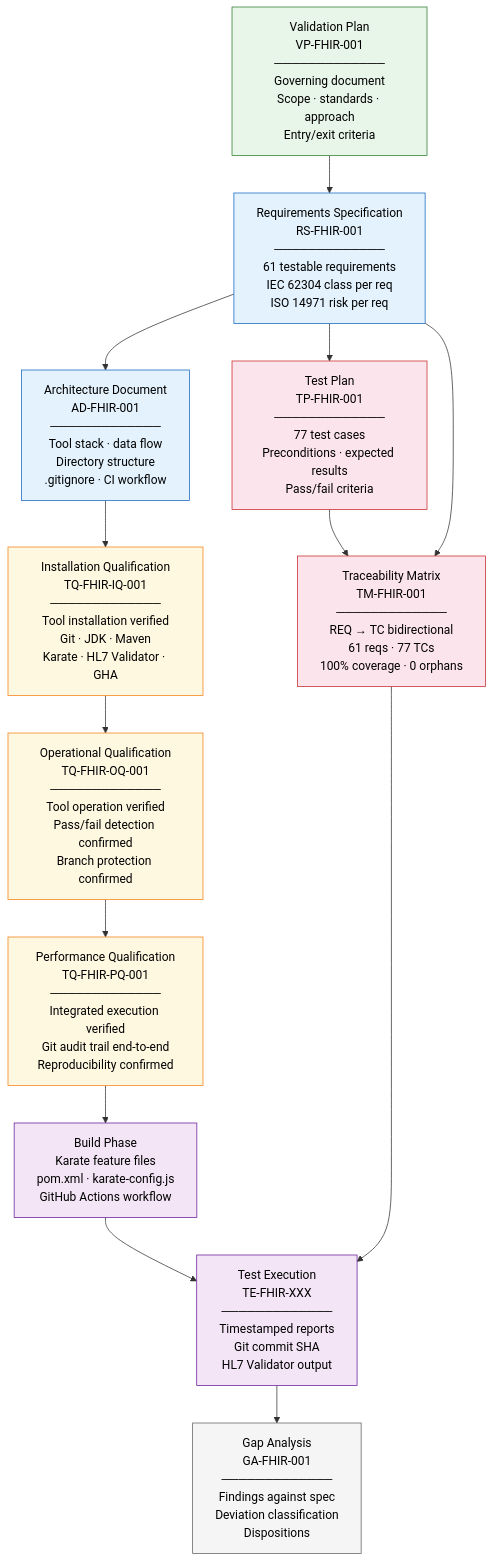
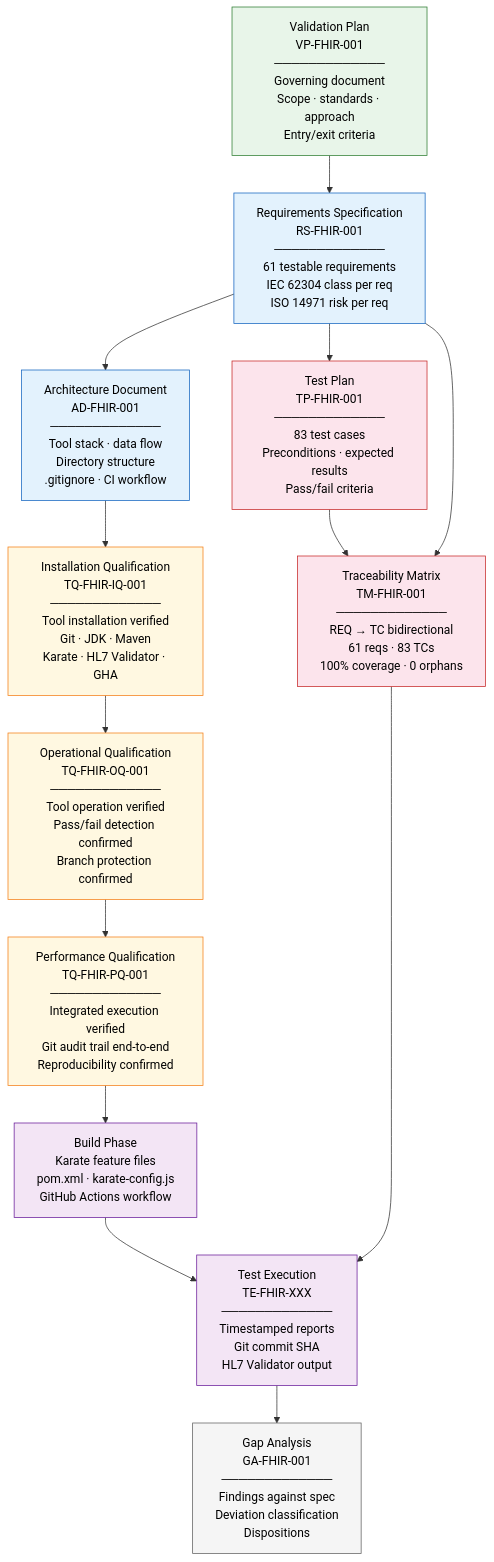
The diagram in docs/diagrams/04-document-dependency.md (Dag86/fhir-validation-suite), drawn with Mermaid before and after one commit. The commit also changed 1 other file, not shown here.

Commit message:
docs: update diagram TC counts post-hardening
- 04-document-dependency: TP 77->83 TCs, TM 77->83 TCs
- 06-risk-classification: Patient 11->16 TCs, Bundle 6->7 TCs
- Reflects 6 new TCs from hardening pass

````diff
--- a/docs/diagrams/04-document-dependency.md
+++ b/docs/diagrams/04-document-dependency.md
@@ -10,49 +10,49 @@
 ```mermaid
 flowchart TD
     VP["Validation Plan\nVP-FHIR-001\n─────────────\nGoverning document\nScope · standards · approach\nEntry/exit criteria"]
 
     RS["Requirements Specification\nRS-FHIR-001\n─────────────\n61 testable requirements\nIEC 62304 class per req\nISO 14971 risk per req"]
 
     AD["Architecture Document\nAD-FHIR-001\n─────────────\nTool stack · data flow\nDirectory structure\n.gitignore · CI workflow"]
 
     IQ["Installation Qualification\nTQ-FHIR-IQ-001\n─────────────\nTool installation verified\nGit · JDK · Maven\nKarate · HL7 Validator · GHA"]
 
     OQ["Operational Qualification\nTQ-FHIR-OQ-001\n─────────────\nTool operation verified\nPass/fail detection confirmed\nBranch protection confirmed"]
 
     PQ["Performance Qualification\nTQ-FHIR-PQ-001\n─────────────\nIntegrated execution verified\nGit audit trail end-to-end\nReproducibility confirmed"]
 
-    TP["Test Plan\nTP-FHIR-001\n─────────────\n77 test cases\nPreconditions · expected results\nPass/fail criteria"]
+    TP["Test Plan\nTP-FHIR-001\n─────────────\n83 test cases\nPreconditions · expected results\nPass/fail criteria"]
 
-    TM["Traceability Matrix\nTM-FHIR-001\n─────────────\nREQ → TC bidirectional\n61 reqs · 77 TCs\n100% coverage · 0 orphans"]
+    TM["Traceability Matrix\nTM-FHIR-001\n─────────────\nREQ → TC bidirectional\n61 reqs · 83 TCs\n100% coverage · 0 orphans"]
 
     BUILD["Build Phase\nKarate feature files\npom.xml · karate-config.js\nGitHub Actions workflow"]
 
     TE["Test Execution\nTE-FHIR-XXX\n─────────────\nTimestamped reports\nGit commit SHA\nHL7 Validator output"]
 
     GA["Gap Analysis\nGA-FHIR-001\n─────────────\nFindings against spec\nDeviation classification\nDispositions"]
 
     VP --> RS
     RS --> AD
     RS --> TP
     AD --> IQ
     IQ --> OQ
     OQ --> PQ
     PQ --> BUILD
     TP --> TM
     RS --> TM
     BUILD --> TE
     TM --> TE
     TE --> GA
 
     style VP fill:#e8f5e9,stroke:#2e7d32,color:#000
     style RS fill:#e3f2fd,stroke:#1565c0,color:#000
     style AD fill:#e3f2fd,stroke:#1565c0,color:#000
     style IQ fill:#fff8e1,stroke:#f57f17,color:#000
     style OQ fill:#fff8e1,stroke:#f57f17,color:#000
     style PQ fill:#fff8e1,stroke:#f57f17,color:#000
     style TP fill:#fce4ec,stroke:#c62828,color:#000
     style TM fill:#fce4ec,stroke:#c62828,color:#000
     style BUILD fill:#f3e5f5,stroke:#6a1b9a,color:#000
     style TE fill:#f3e5f5,stroke:#6a1b9a,color:#000
     style GA fill:#f5f5f5,stroke:#616161,color:#000
 ```
````
